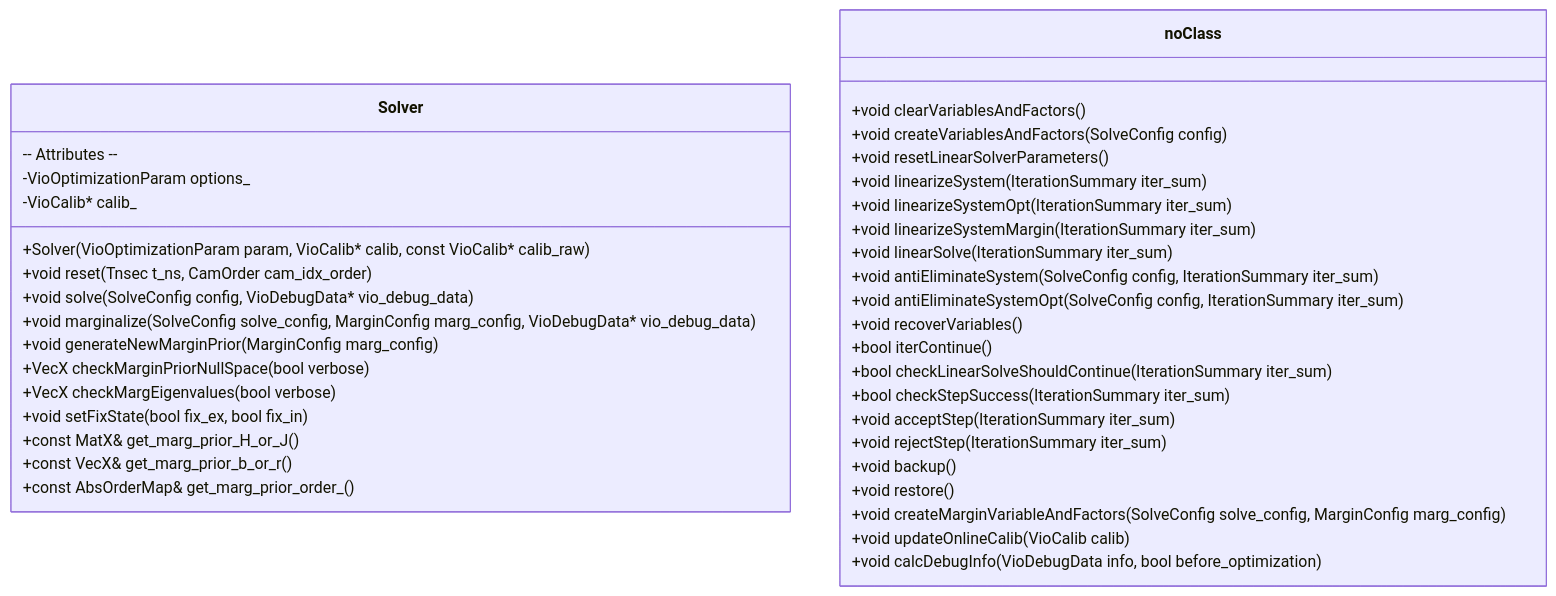
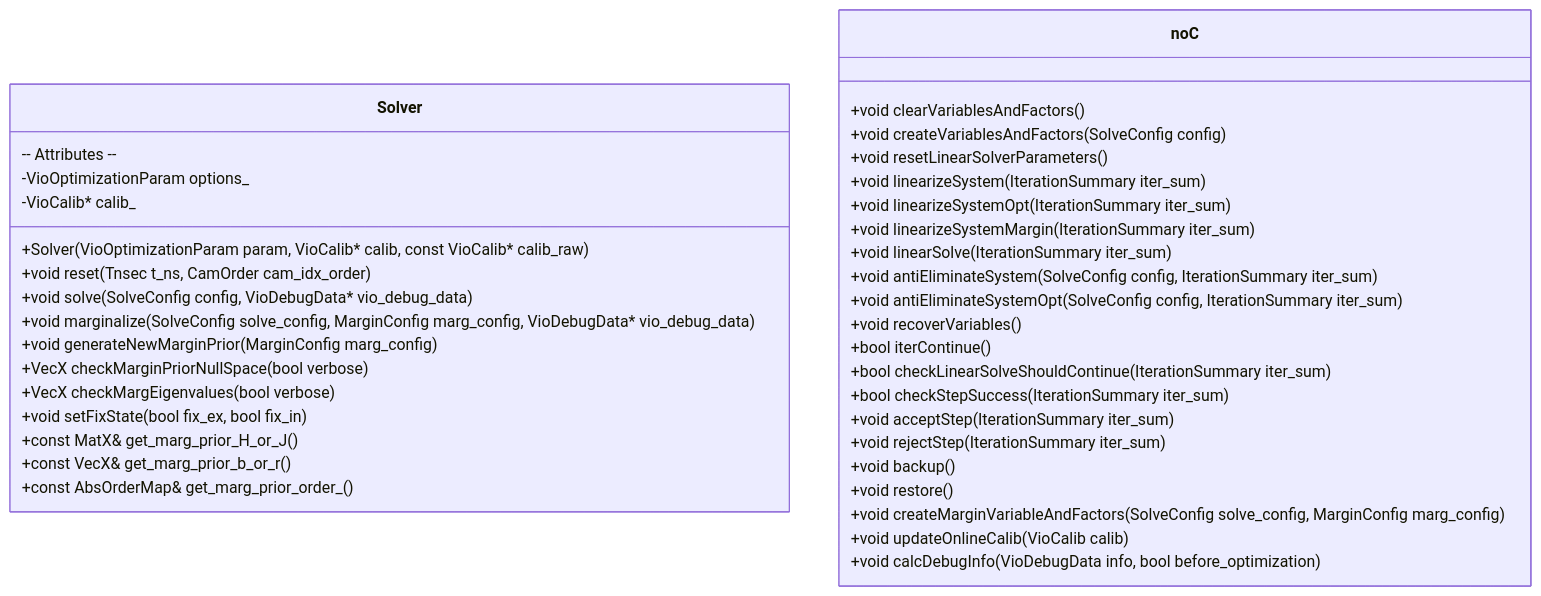
One commit to huzixuan1/iodraw-files changed the diagram in all/未命名-2.md. Above: the diagram before and after it, drawn with Mermaid.

Commit message:
2025-04-16 21:10:21 update

````diff
--- a/all/未命名-2.md
+++ b/all/未命名-2.md
@@ -1,45 +1,45 @@
 ```mermaid
 classDiagram
 %% 命名空间 xr
 
 class Solver {
   +Solver(VioOptimizationParam param, VioCalib* calib, const VioCalib* calib_raw)
   +void reset(Tnsec t_ns, CamOrder cam_idx_order)
   +void solve(SolveConfig config, VioDebugData* vio_debug_data)
   +void marginalize(SolveConfig solve_config, MarginConfig marg_config, VioDebugData* vio_debug_data)
   +void generateNewMarginPrior(MarginConfig marg_config)
   +VecX checkMarginPriorNullSpace(bool verbose)
   +VecX checkMargEigenvalues(bool verbose)
   +void setFixState(bool fix_ex, bool fix_in)
   +const MatX& get_marg_prior_H_or_J()
   +const VecX& get_marg_prior_b_or_r()
   +const AbsOrderMap& get_marg_prior_order_()
   -- Attributes --
   -VioOptimizationParam options_
   -VioCalib* calib_
 }
 
-class noClass {
+class noC {
   +void clearVariablesAndFactors()
   +void createVariablesAndFactors(SolveConfig config)
   +void resetLinearSolverParameters()
   +void linearizeSystem(IterationSummary iter_sum)
   +void linearizeSystemOpt(IterationSummary iter_sum)
   +void linearizeSystemMargin(IterationSummary iter_sum)
   +void linearSolve(IterationSummary iter_sum)
   +void antiEliminateSystem(SolveConfig config, IterationSummary iter_sum)
   +void antiEliminateSystemOpt(SolveConfig config, IterationSummary iter_sum)
   +void recoverVariables()
   +bool iterContinue()
   +bool checkLinearSolveShouldContinue(IterationSummary iter_sum)
   +bool checkStepSuccess(IterationSummary iter_sum)
   +void acceptStep(IterationSummary iter_sum)
   +void rejectStep(IterationSummary iter_sum)
   +void backup()
   +void restore()
   +void createMarginVariableAndFactors(SolveConfig solve_config, MarginConfig marg_config)
   +void updateOnlineCalib(VioCalib calib)
   +void calcDebugInfo(VioDebugData info, bool before_optimization)
 }
 
 ```
````
